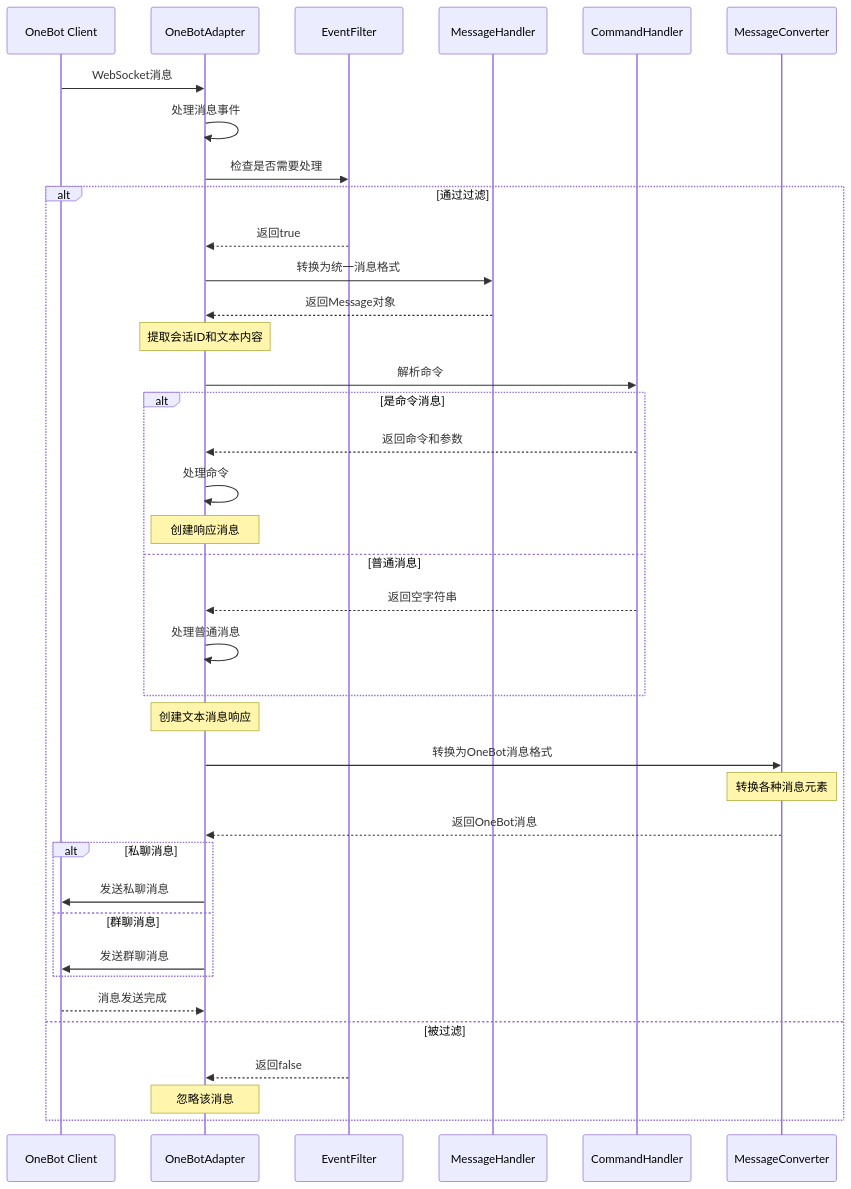
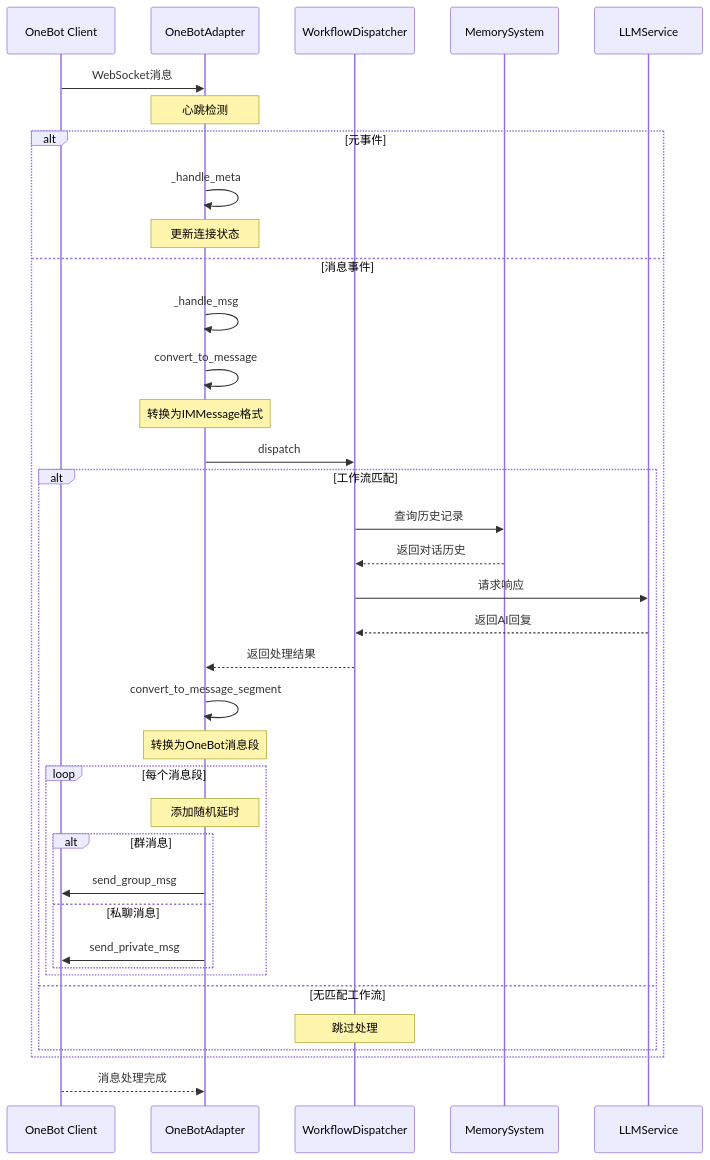
One commit to Cloxl/chatgpt-mirai-qq-bot-onebot-adapter changed the diagram in README.md. Above: the diagram before and after it, drawn with Mermaid. The commit also changed other lines of this file, not shown here.

Commit message:
docs(README.md): Update project workflow diagram and remove event filtering details
- Simplify sequence diagram to reflect current message handling architecture
- Remove references to deprecated event filtering mechanism
- Update diagram to show new workflow with WorkflowDispatcher and MemorySystem
- Remove explanation of filter.json configuration

````diff
--- a/README.md
+++ b/README.md
@@ -35,47 +30,47 @@
 ```mermaid
 sequenceDiagram
-    participant 客户端 as OneBot Client
-    participant 适配器 as OneBotAdapter
-    participant 过滤器 as EventFilter
-    participant 消息处理 as MessageHandler
-    participant 命令处理 as CommandHandler
-    participant 消息转换 as MessageConverter
+    participant Client as OneBot Client
+    participant Adapter as OneBotAdapter
+    participant Dispatcher as WorkflowDispatcher
+    participant Memory as MemorySystem
+    participant LLM as LLMService
 
-    客户端->>适配器: WebSocket消息
-    适配器->>适配器: 处理消息事件
-    适配器->>过滤器: 检查是否需要处理
+    Client->>Adapter: WebSocket消息
+    Note over Adapter: 心跳检测
+    
+    alt 元事件
+        Adapter->>Adapter: _handle_meta
+        Note over Adapter: 更新连接状态
+    else 消息事件
+        Adapter->>Adapter: _handle_msg
+        Adapter->>Adapter: convert_to_message
+        Note over Adapter: 转换为IMMessage格式
+        
+        Adapter->>Dispatcher: dispatch
+        
+        alt 工作流匹配
+            Dispatcher->>Memory: 查询历史记录
+            Memory-->>Dispatcher: 返回对话历史
+            Dispatcher->>LLM: 请求响应
+            LLM-->>Dispatcher: 返回AI回复
+            Dispatcher-->>Adapter: 返回处理结果
+            
+            Adapter->>Adapter: convert_to_message_segment
+            Note over Adapter: 转换为OneBot消息段
+            
+            loop 每个消息段
+                Note over Adapter: 添加随机延时
+                alt 群消息
+                    Adapter->>Client: send_group_msg
+                else 私聊消息
+                    Adapter->>Client: send_private_msg
+                end
+            end
+            
+        else 无匹配工作流
+            Note over Dispatcher: 跳过处理
+        end
+    end
 
-    alt 通过过滤
-        过滤器-->>适配器: 返回true
-        适配器->>消息处理: 转换为统一消息格式
-        消息处理-->>适配器: 返回Message对象
-        Note over 适配器: 提取会话ID和文本内容
-        适配器->>命令处理: 解析命令
-
-        alt 是命令消息
-            命令处理-->>适配器: 返回命令和参数
-            适配器->>适配器: 处理命令
-            Note over 适配器: 创建响应消息
-        else 普通消息
-            命令处理-->>适配器: 返回空字符串
-            适配器->>适配器: 处理普通消息
-        end
-
-        Note over 适配器: 创建文本消息响应
-        适配器->>消息转换: 转换为OneBot消息格式
-        Note over 消息转换: 转换各种消息元素
-        消息转换-->>适配器: 返回OneBot消息
-
-        alt 私聊消息
-            适配器->>客户端: 发送私聊消息
-        else 群聊消息
-            适配器->>客户端: 发送群聊消息
-        end
-
-        客户端-->>适配器: 消息发送完成
-
-    else 被过滤
-        过滤器-->>适配器: 返回false
-        Note over 适配器: 忽略该消息
-    end
+    Client-->>Adapter: 消息处理完成
 ```
````
